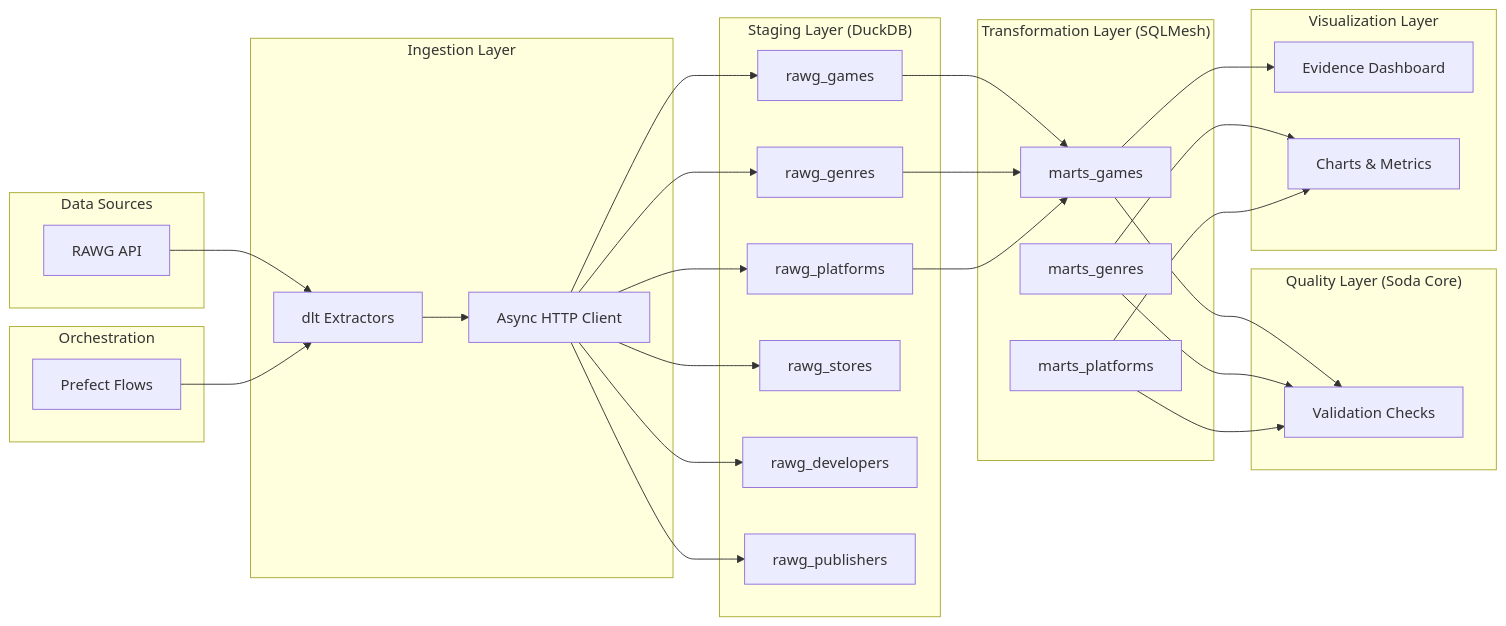
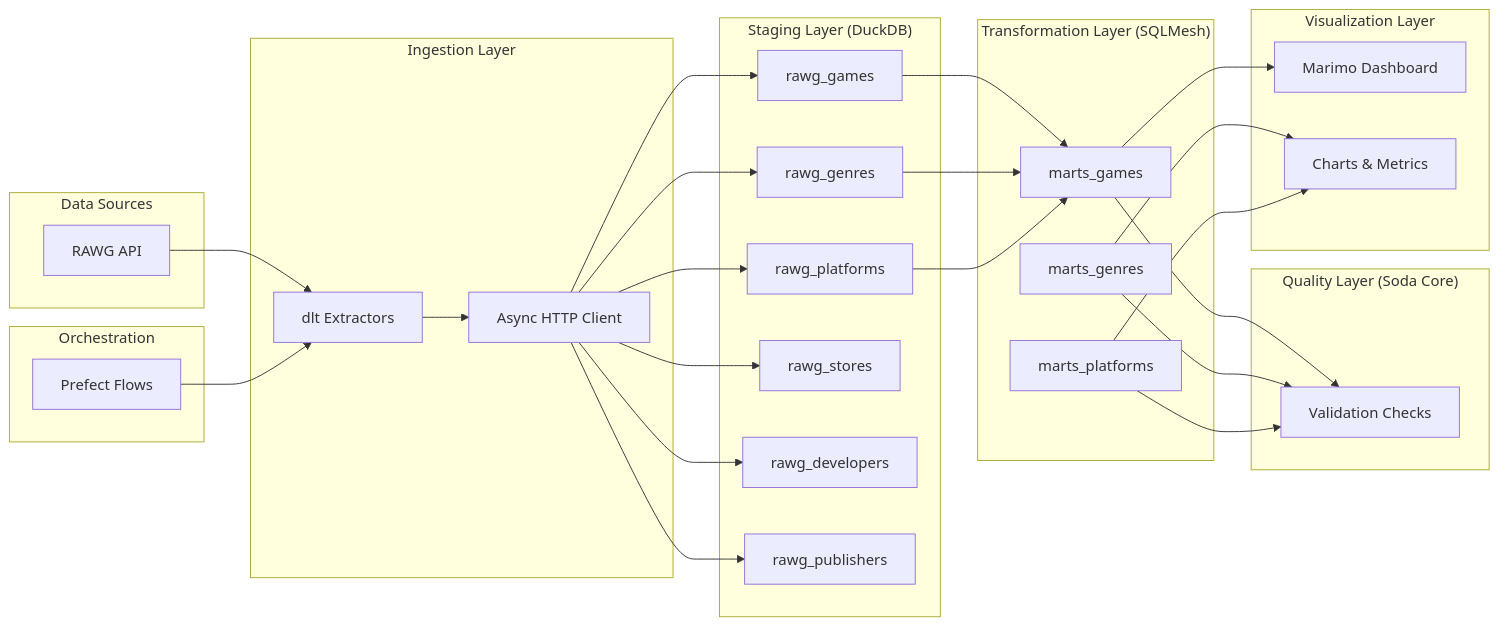
One commit to mohamed-boughattas/gaming-analytics-pipeline changed the diagram in docs/data-lineage.md. Above: the diagram before and after it, drawn with Mermaid. The commit also changed other lines of this file, not shown here.

First line of the commit message:
docs: replace Evidence with Marimo in data lineage

````diff
--- a/docs/data-lineage.md
+++ b/docs/data-lineage.md
@@ -11,58 +11,58 @@
 ```mermaid
 graph LR
     subgraph "Data Sources"
         A[RAWG API]
     end
     
     subgraph "Ingestion Layer"
         B[dlt Extractors]
         C[Async HTTP Client]
     end
     
     subgraph "Staging Layer (DuckDB)"
         D[rawg_games]
         E[rawg_genres]
         F[rawg_platforms]
         G[rawg_stores]
         H[rawg_developers]
         I[rawg_publishers]
     end
     
     subgraph "Transformation Layer (SQLMesh)"
         J[marts_games]
         K[marts_genres]
         L[marts_platforms]
     end
     
     subgraph "Quality Layer (Soda Core)"
         M[Validation Checks]
     end
     
     subgraph "Visualization Layer"
-        N[Evidence Dashboard]
+        N[Marimo Dashboard]
         O[Charts & Metrics]
     end
     
     subgraph "Orchestration"
         P[Prefect Flows]
     end
     
     A --> B
     B --> C
     C --> D
     C --> E
     C --> F
     C --> G
     C --> H
     C --> I
     P --> B
     D --> J
     E --> J
     F --> J
     J --> M
     K --> M
     L --> M
     J --> N
     K --> O
     L --> O
 ```
````
